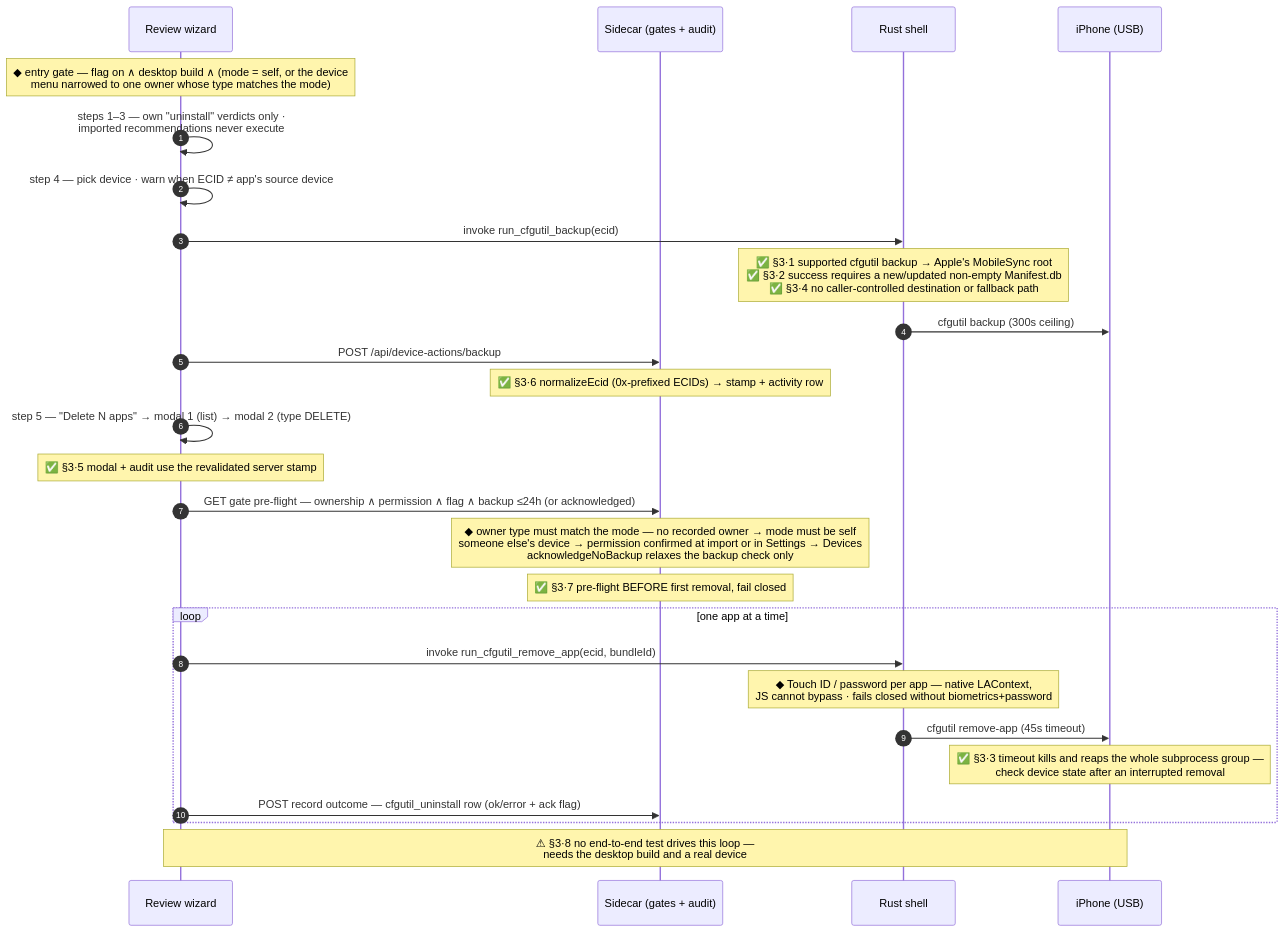
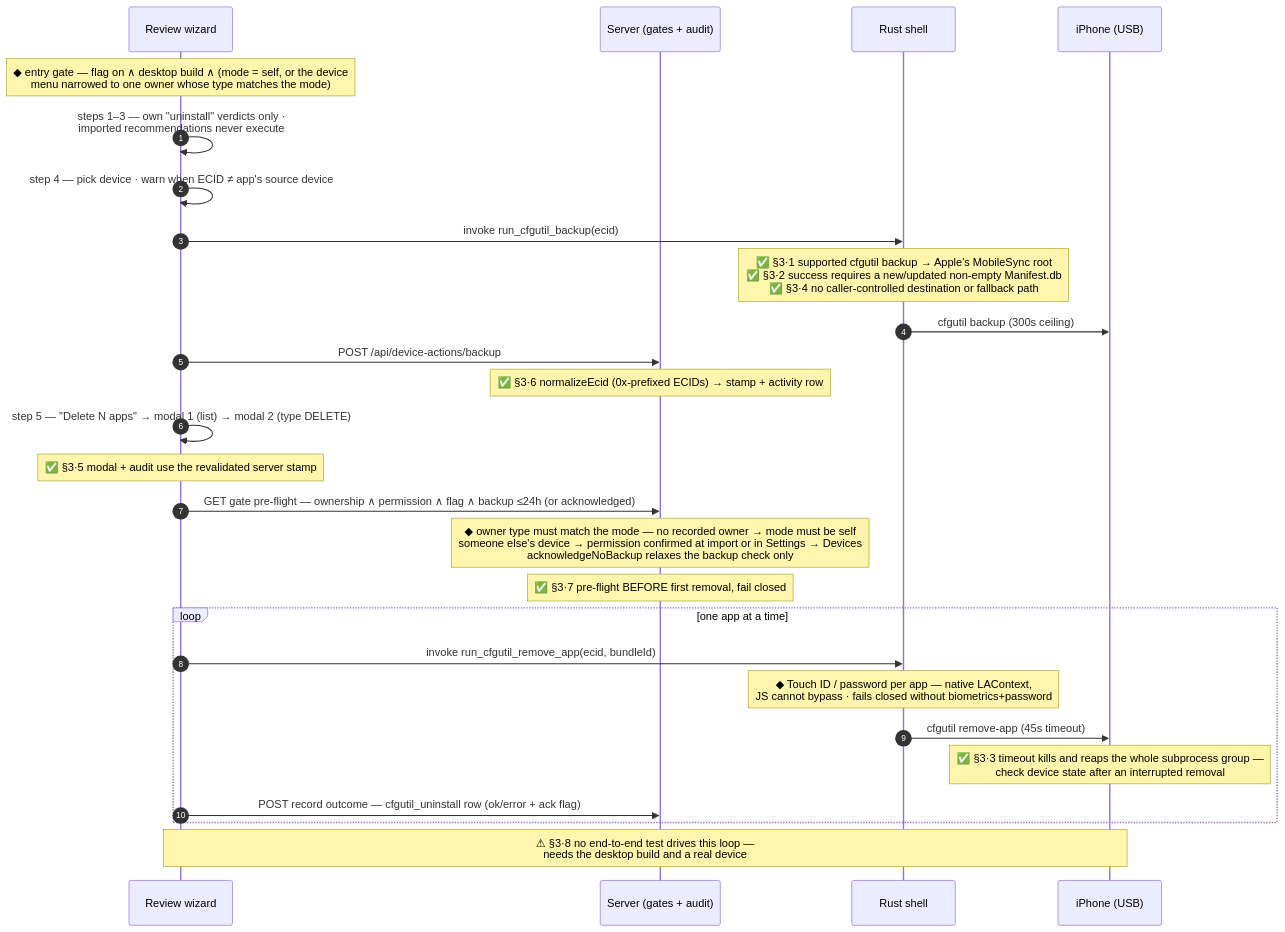
One commit to privacykey/privacytracker changed the fourth of 8 diagrams in docs/ARCHITECTURE.md. Above: the diagram before and after it, drawn with Mermaid. The commit also changed other lines of this file and 78 other files, not shown here.

````diff
--- a/docs/ARCHITECTURE.md
+++ b/docs/ARCHITECTURE.md
@@ -167,30 +168,30 @@
 ```mermaid
 sequenceDiagram
   autonumber
   participant WIZ as Review wizard
-  participant API as Sidecar (gates + audit)
+  participant API as Server (gates + audit)
   participant SH as Rust shell
   participant PH as iPhone (USB)
 
   Note over WIZ: ◆ entry gate — flag on ∧ desktop build ∧ (mode = self, or the device<br/>menu narrowed to one owner whose type matches the mode)
   WIZ->>WIZ: steps 1–3 — own "uninstall" verdicts only ·<br/>imported recommendations never execute
   WIZ->>WIZ: step 4 — pick device · warn when ECID ≠ app's source device
   WIZ->>SH: invoke run_cfgutil_backup(ecid)
   Note over SH: ✅ §3·1 supported cfgutil backup → Apple's MobileSync root<br/>✅ §3·2 success requires a new/updated non-empty Manifest.db<br/>✅ §3·4 no caller-controlled destination or fallback path
   SH->>PH: cfgutil backup (300s ceiling)
   WIZ->>API: POST /api/device-actions/backup
   Note over API: ✅ §3·6 normalizeEcid (0x-prefixed ECIDs) → stamp + activity row
   WIZ->>WIZ: step 5 — "Delete N apps" → modal 1 (list) → modal 2 (type DELETE)
   Note over WIZ: ✅ §3·5 modal + audit use the revalidated server stamp
   WIZ->>API: GET gate pre-flight — ownership ∧ permission ∧ flag ∧ backup ≤24h (or acknowledged)
   Note over API: ◆ owner type must match the mode — no recorded owner → mode must be self<br/>someone else's device → permission confirmed at import or in Settings → Devices<br/>acknowledgeNoBackup relaxes the backup check only
   Note over API: ✅ §3·7 pre-flight BEFORE first removal, fail closed
   loop one app at a time
     WIZ->>SH: invoke run_cfgutil_remove_app(ecid, bundleId)
     Note over SH: ◆ Touch ID / password per app — native LAContext,<br/>JS cannot bypass · fails closed without biometrics+password
     SH->>PH: cfgutil remove-app (45s timeout)
     Note over PH: ✅ §3·3 timeout kills and reaps the whole subprocess group —<br/>check device state after an interrupted removal
     WIZ->>API: POST record outcome — cfgutil_uninstall row (ok/error + ack flag)
   end
   Note over WIZ,PH: ⚠ §3·8 no end-to-end test drives this loop —<br/>needs the desktop build and a real device
 ```
````
